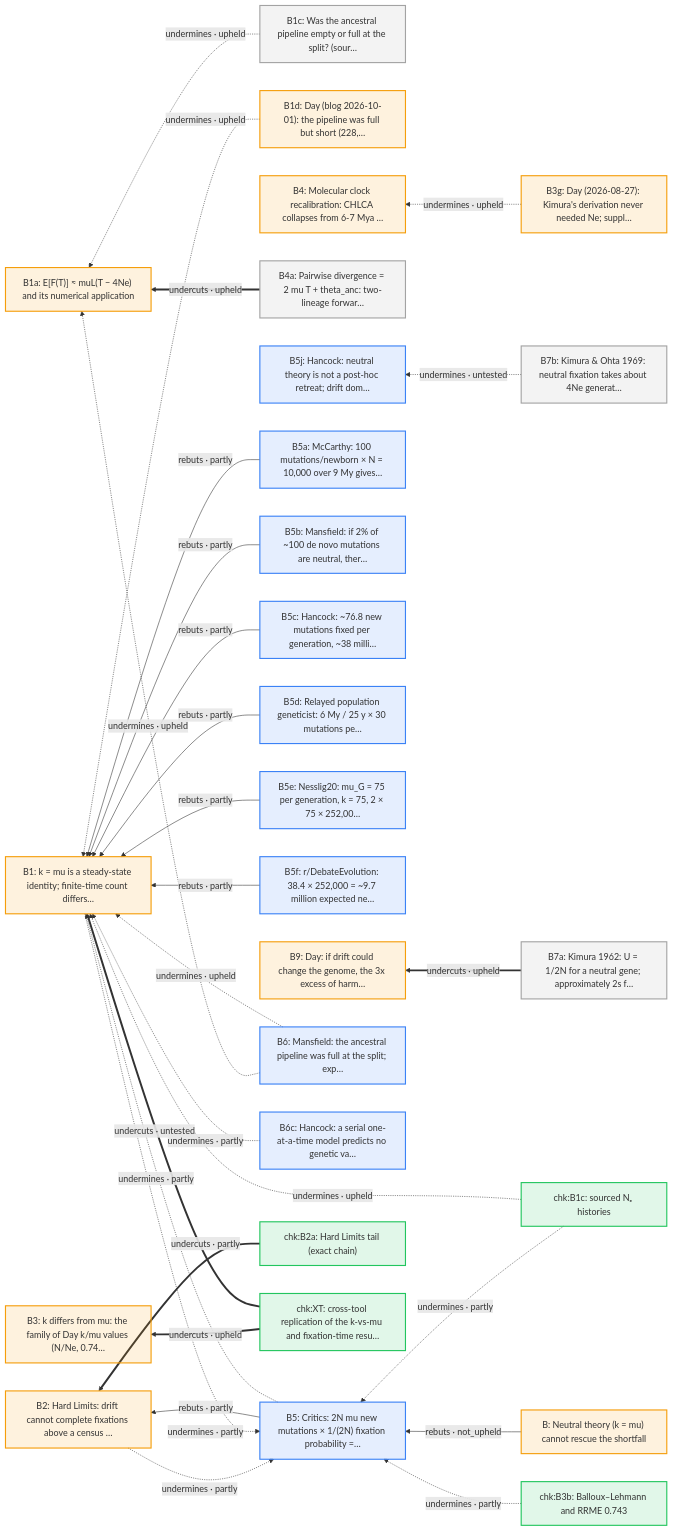
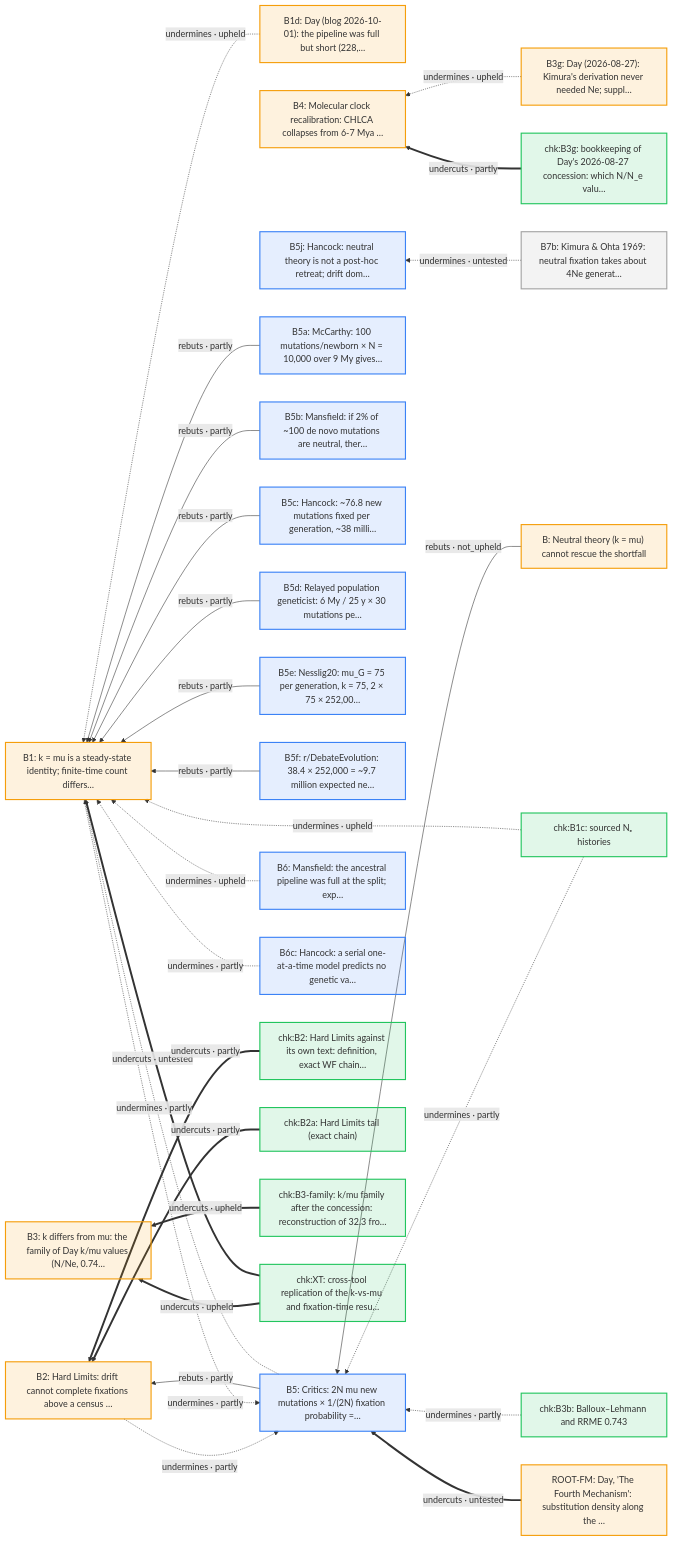
The fourth of 19 diagrams in docs/arguments/defeaters.md (nickallevato/evo-sim), drawn with Mermaid before and after one commit. The commit also changed other lines of this file and 32 other files, not shown here.

First line of the commit message:
Integrate B3, B2/B, B3g, F3a (reviews #35-#42), H8 kscale16 comments, and Day's 'The Fourth Mechanism' (ROOT-FM, Q140-Q171): verdicts B3d holds/misread/contradicted, B2 holds, F3a holds; d374-d393, lineage, registry, slips S-B2-1..4 and RH-5..8, Bergeron mu, QUEUE, counts

````diff
--- a/docs/arguments/defeaters.md
+++ b/docs/arguments/defeaters.md
@@ -169,61 +169,60 @@
 ```mermaid
 flowchart RL
   classDef day fill:#f59e0b22,stroke:#f59e0b,stroke-width:2px
   classDef ally fill:#d9770622,stroke:#d97706,stroke-width:2px
   classDef critic fill:#3b82f622,stroke:#3b82f6,stroke-width:2px
   classDef literature fill:#a3a3a322,stroke:#a3a3a3,stroke-width:2px
   classDef audit fill:#22c55e22,stroke:#22c55e,stroke-width:2px
   B["B: Neutral theory (k = mu) cannot rescue the shortfall"]:::day
   B1["B1: k = mu is a steady-state identity; finite-time count differs…"]:::day
-  B1a["B1a: E[F(T)] ≈ muL(T − 4Ne) and its numerical application"]:::day
-  B1c["B1c: Was the ancestral pipeline empty or full at the split? (sour…"]:::literature
   B1d["B1d: Day (blog 2026-10-01): the pipeline was full but short (228,…"]:::day
   B2["B2: Hard Limits: drift cannot complete fixations above a census …"]:::day
   B3["B3: k differs from mu: the family of Day k/mu values (N/Ne, 0.74…"]:::day
   B3g["B3g: Day (2026-08-27): Kimura's derivation never needed Ne; suppl…"]:::day
   B4["B4: Molecular clock recalibration: CHLCA collapses from 6-7 Mya …"]:::day
-  B4a["B4a: Pairwise divergence = 2 mu T + theta_anc: two-lineage forwar…"]:::literature
   B5["B5: Critics: 2N mu new mutations × 1/(2N) fixation probability =…"]:::critic
   B5a["B5a: McCarthy: 100 mutations/newborn × N = 10,000 over 9 My gives…"]:::critic
   B5b["B5b: Mansfield: if 2% of ~100 de novo mutations are neutral, ther…"]:::critic
   B5c["B5c: Hancock: ~76.8 new mutations fixed per generation, ~38 milli…"]:::critic
   B5d["B5d: Relayed population geneticist: 6 My / 25 y × 30 mutations pe…"]:::critic
   B5e["B5e: Nesslig20: mu_G = 75 per generation, k = 75, 2 × 75 × 252,00…"]:::critic
   B5f["B5f: r/DebateEvolution: 38.4 × 252,000 = ~9.7 million expected ne…"]:::critic
   B5j["B5j: Hancock: neutral theory is not a post-hoc retreat; drift dom…"]:::critic
   B6["B6: Mansfield: the ancestral pipeline was full at the split; exp…"]:::critic
   B6c["B6c: Hancock: a serial one-at-a-time model predicts no genetic va…"]:::critic
-  B7a["B7a: Kimura 1962: U = 1/2N for a neutral gene; approximately 2s f…"]:::literature
   B7b["B7b: Kimura & Ohta 1969: neutral fixation takes about 4Ne generat…"]:::literature
-  B9["B9: Day: if drift could change the genome, the 3x excess of harm…"]:::day
+  ROOT_FM["ROOT-FM: Day, 'The Fourth Mechanism': substitution density along the …"]:::day
   chk_B1c["chk:B1c: sourced Nₑ histories"]:::audit
+  chk_B2["chk:B2: Hard Limits against its own text: definition, exact WF chain…"]:::audit
   chk_B2a["chk:B2a: Hard Limits tail (exact chain)"]:::audit
+  chk_B3_family["chk:B3-family: k/mu family after the concession: reconstruction of 32.3 fro…"]:::audit
   chk_B3b["chk:B3b: Balloux–Lehmann and RRME 0.743"]:::audit
+  chk_B3g["chk:B3g: bookkeeping of Day's 2026-08-27 concession: which N/N_e valu…"]:::audit
   chk_XT["chk:XT: cross-tool replication of the k-vs-mu and fixation-time resu…"]:::audit
   B5 -.->|"undermines · partly"| B1
   B5a -->|"rebuts · partly"| B1
   B5b -->|"rebuts · partly"| B1
   B5c -->|"rebuts · partly"| B1
   B5d -->|"rebuts · partly"| B1
   B5e -->|"rebuts · partly"| B1
   B5f -->|"rebuts · partly"| B1
   B6 -.->|"undermines · upheld"| B1
   B6c -.->|"undermines · partly"| B1
   B1d -.->|"undermines · upheld"| B1
   chk_B1c -.->|"undermines · upheld"| B1
   chk_XT ==>|"undercuts · untested"| B1
   B5 -->|"rebuts · partly"| B2
   chk_B2a ==>|"undercuts · partly"| B2
+  chk_B2 ==>|"undercuts · partly"| B2
   chk_XT ==>|"undercuts · upheld"| B3
+  chk_B3_family ==>|"undercuts · upheld"| B3
   B3g -.->|"undermines · upheld"| B4
+  chk_B3g ==>|"undercuts · partly"| B4
   B -->|"rebuts · not_upheld"| B5
   B1 -.->|"undermines · partly"| B5
   B2 -.->|"undermines · partly"| B5
   chk_B1c -.->|"undermines · partly"| B5
   chk_B3b -.->|"undermines · partly"| B5
+  ROOT_FM ==>|"undercuts · untested"| B5
   B7b -.->|"undermines · untested"| B5j
-  B7a ==>|"undercuts · upheld"| B9
-  B1c -.->|"undermines · upheld"| B1a
-  B4a ==>|"undercuts · upheld"| B1a
-  B6 -.->|"undermines · upheld"| B1a
 ```
````
